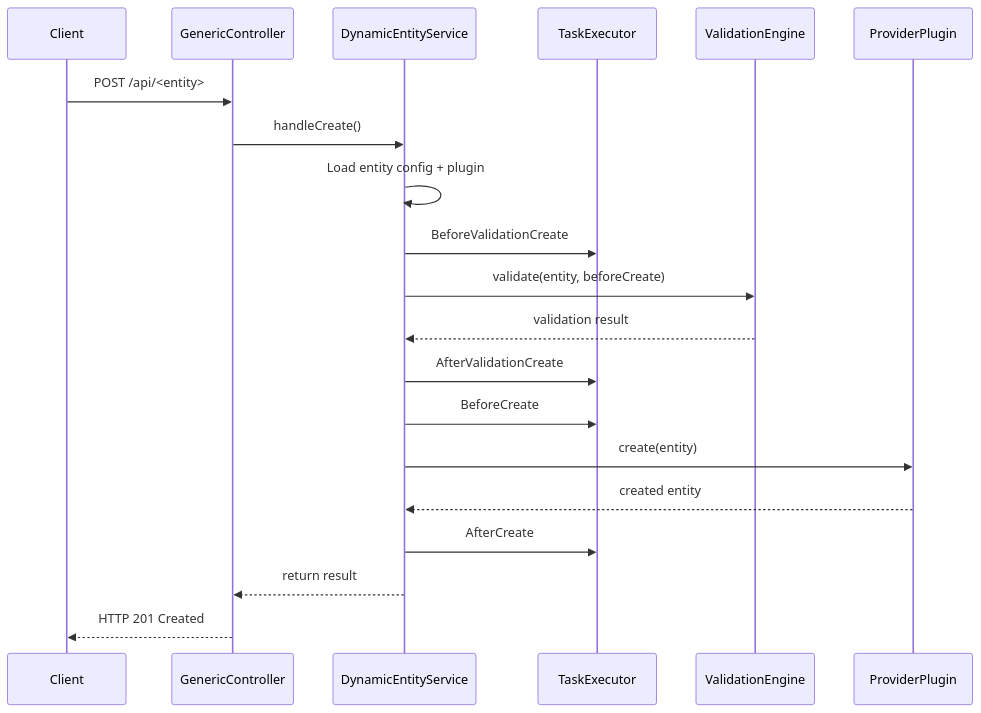
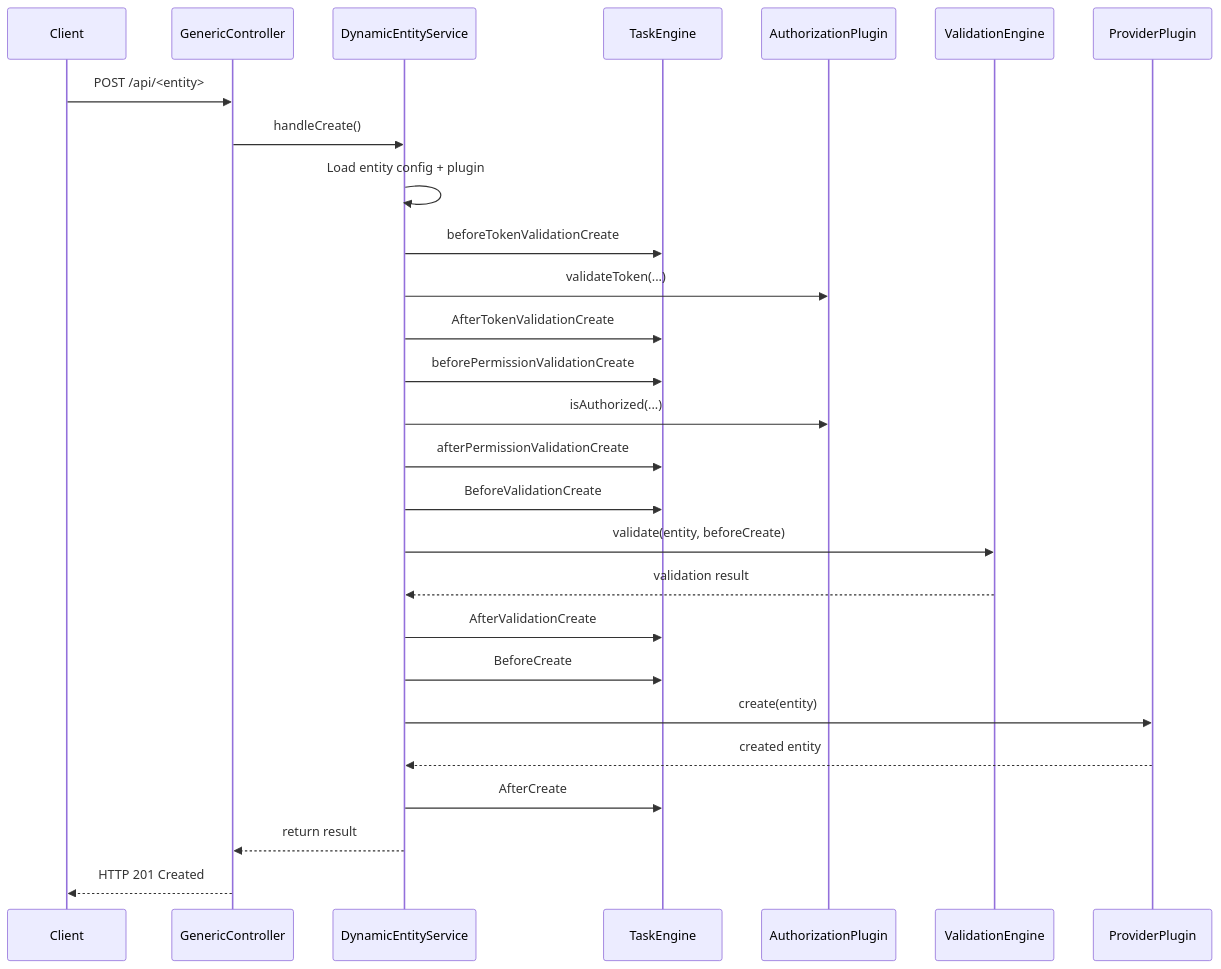
Before and after one commit to linagora/linid-im-api-corelib: the diagram in docs/lifecycle-example.mmd, drawn with Mermaid. The commit also changed 13 other files, not shown here.

Commit message:
chore: update documentation with Authorization plugin

```diff
--- a/docs/lifecycle-example.mmd
+++ b/docs/lifecycle-example.mmd
@@ -1,20 +1,27 @@
 sequenceDiagram
     participant Client
     participant GenericController
     participant DynamicEntityService
-    participant TaskExecutor
+    participant TaskEngine
+    participant AuthorizationPlugin
     participant ValidationEngine
     participant ProviderPlugin
     Client ->> GenericController: POST /api/<entity>
     GenericController ->> DynamicEntityService: handleCreate()
     DynamicEntityService ->> DynamicEntityService: Load entity config + plugin
-    DynamicEntityService ->> TaskExecutor: BeforeValidationCreate
+    DynamicEntityService ->> TaskEngine: beforeTokenValidationCreate
+    DynamicEntityService ->> AuthorizationPlugin: validateToken(...)
+    DynamicEntityService ->> TaskEngine: AfterTokenValidationCreate
+    DynamicEntityService ->> TaskEngine: beforePermissionValidationCreate
+    DynamicEntityService ->> AuthorizationPlugin: isAuthorized(...)
+    DynamicEntityService ->> TaskEngine: afterPermissionValidationCreate
+    DynamicEntityService ->> TaskEngine: BeforeValidationCreate
     DynamicEntityService ->> ValidationEngine: validate(entity, beforeCreate)
     ValidationEngine -->> DynamicEntityService: validation result
-    DynamicEntityService ->> TaskExecutor: AfterValidationCreate
-    DynamicEntityService ->> TaskExecutor: BeforeCreate
+    DynamicEntityService ->> TaskEngine: AfterValidationCreate
+    DynamicEntityService ->> TaskEngine: BeforeCreate
     DynamicEntityService ->> ProviderPlugin: create(entity)
     ProviderPlugin -->> DynamicEntityService: created entity
-    DynamicEntityService ->> TaskExecutor: AfterCreate
+    DynamicEntityService ->> TaskEngine: AfterCreate
     DynamicEntityService -->> GenericController: return result
     GenericController -->> Client: HTTP 201 Created
```
